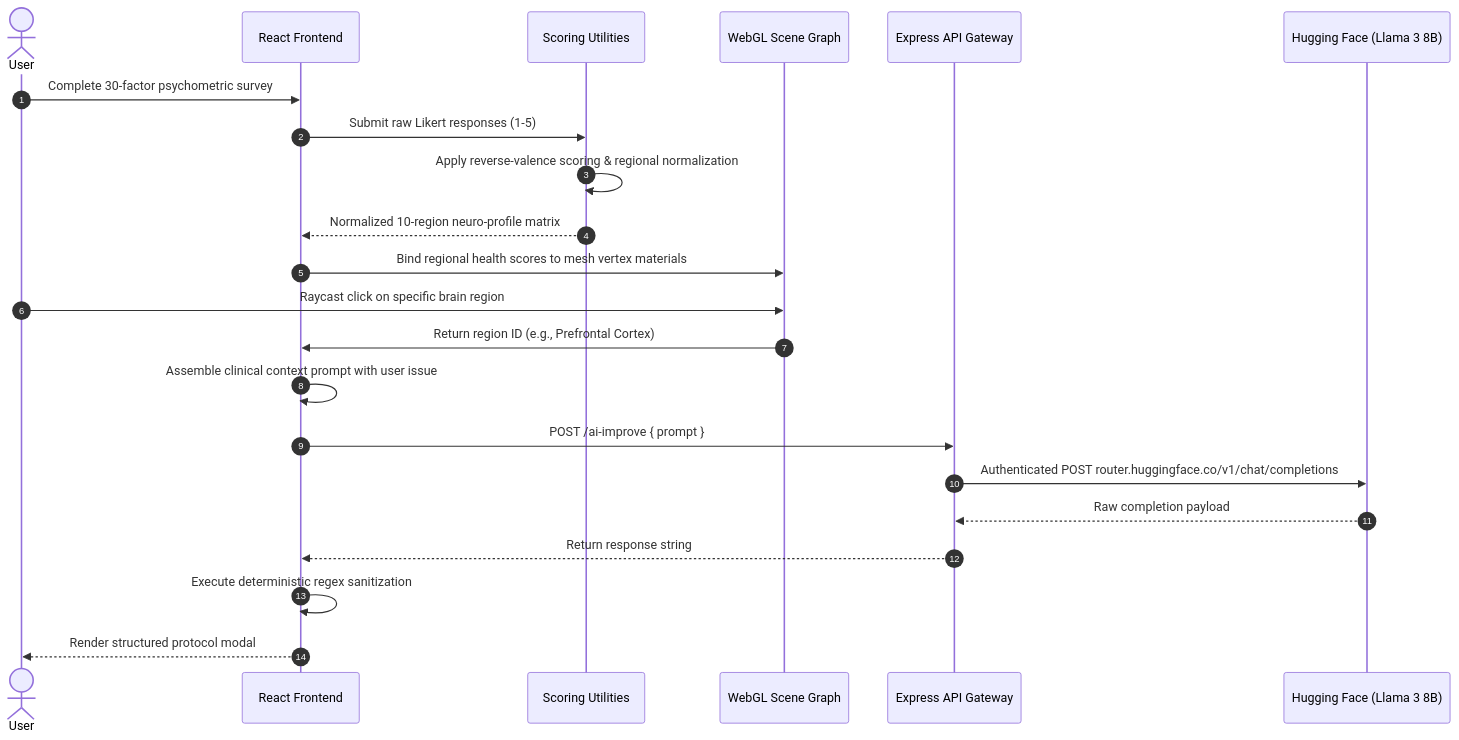
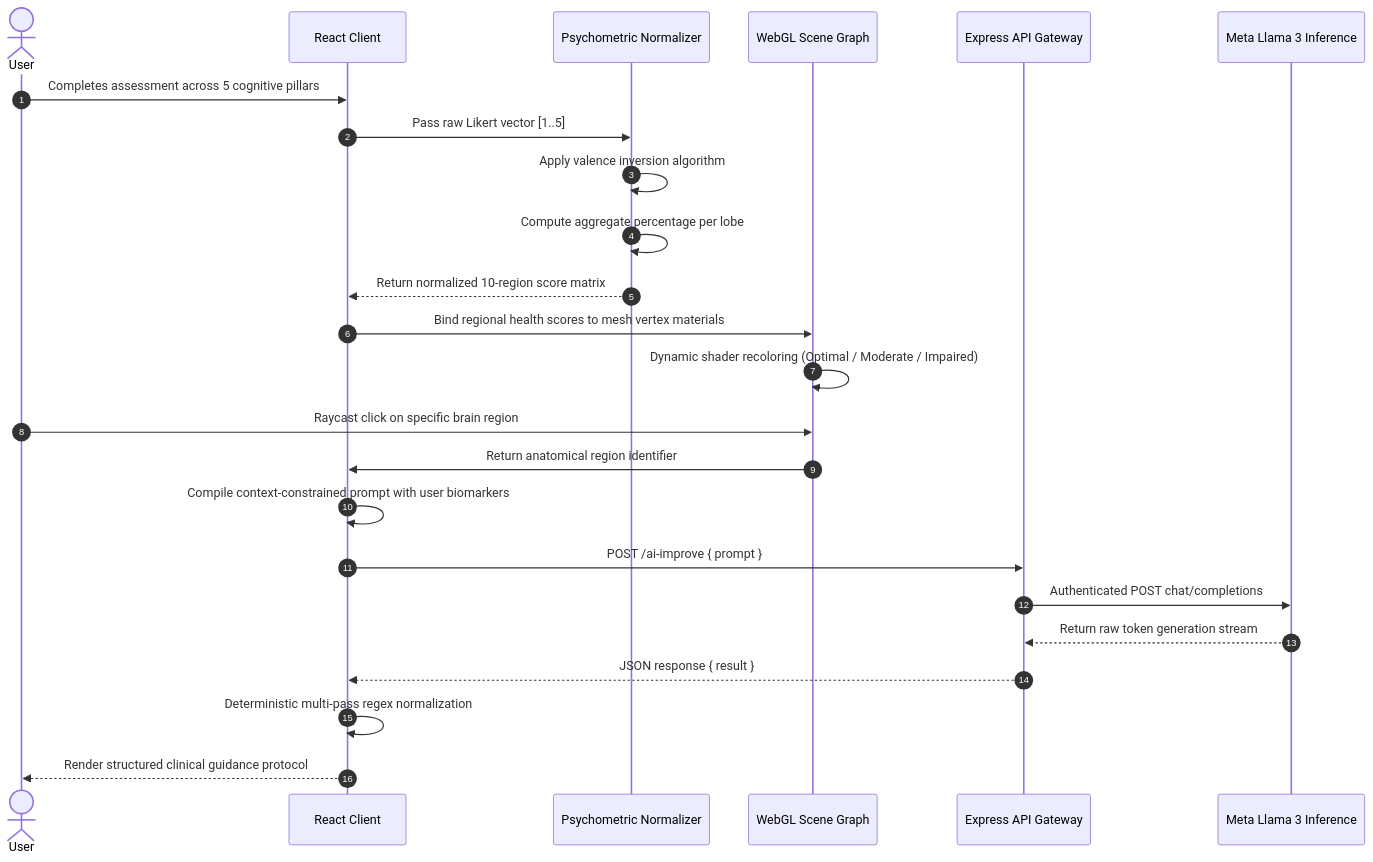
Before and after one commit to imMohammedSahil/Brainiac: the second of 7 diagrams in README.md, drawn with Mermaid. The commit also changed other lines of this file and 39 other files, not shown here.

Commit message:
feat: complete platform overhaul, 3D WebGL neural mapping, audio engine, care report, and technical documentation

````diff
--- a/README.md
+++ b/README.md
@@ -71,25 +99,27 @@
 ```mermaid
 sequenceDiagram
     autonumber
     actor User
-    participant Frontend as React Frontend
-    participant MathEngine as Scoring Utilities
+    participant App as React Client
+    participant Math as Psychometric Normalizer
     participant WebGL as WebGL Scene Graph
     participant Proxy as Express API Gateway
-    participant LLM as Hugging Face (Llama 3 8B)
+    participant LLM as Meta Llama 3 Inference
 
-    User->>Frontend: Complete 30-factor psychometric survey
-    Frontend->>MathEngine: Submit raw Likert responses (1-5)
-    MathEngine->>MathEngine: Apply reverse-valence scoring & regional normalization
-    MathEngine-->>Frontend: Normalized 10-region neuro-profile matrix
-    Frontend->>WebGL: Bind regional health scores to mesh vertex materials
+    User->>App: Completes assessment across 5 cognitive pillars
+    App->>Math: Pass raw Likert vector [1..5]
+    Math->>Math: Apply valence inversion algorithm
+    Math->>Math: Compute aggregate percentage per lobe
+    Math-->>App: Return normalized 10-region score matrix
+    App->>WebGL: Bind regional health scores to mesh vertex materials
+    WebGL->>WebGL: Dynamic shader recoloring (Optimal / Moderate / Impaired)
     User->>WebGL: Raycast click on specific brain region
-    WebGL->>Frontend: Return region ID (e.g., Prefrontal Cortex)
-    Frontend->>Frontend: Assemble clinical context prompt with user issue
-    Frontend->>Proxy: POST /ai-improve { prompt }
-    Proxy->>LLM: Authenticated POST router.huggingface.co/v1/chat/completions
-    LLM-->>Proxy: Raw completion payload
-    Proxy-->>Frontend: Return response string
-    Frontend->>Frontend: Execute deterministic regex sanitization
-    Frontend-->>User: Render structured protocol modal
+    WebGL->>App: Return anatomical region identifier
+    App->>App: Compile context-constrained prompt with user biomarkers
+    App->>Proxy: POST /ai-improve { prompt }
+    Proxy->>LLM: Authenticated POST chat/completions
+    LLM-->>Proxy: Return raw token generation stream
+    Proxy-->>App: JSON response { result }
+    App->>App: Deterministic multi-pass regex normalization
+    App-->>User: Render structured clinical guidance protocol
 ```
````
